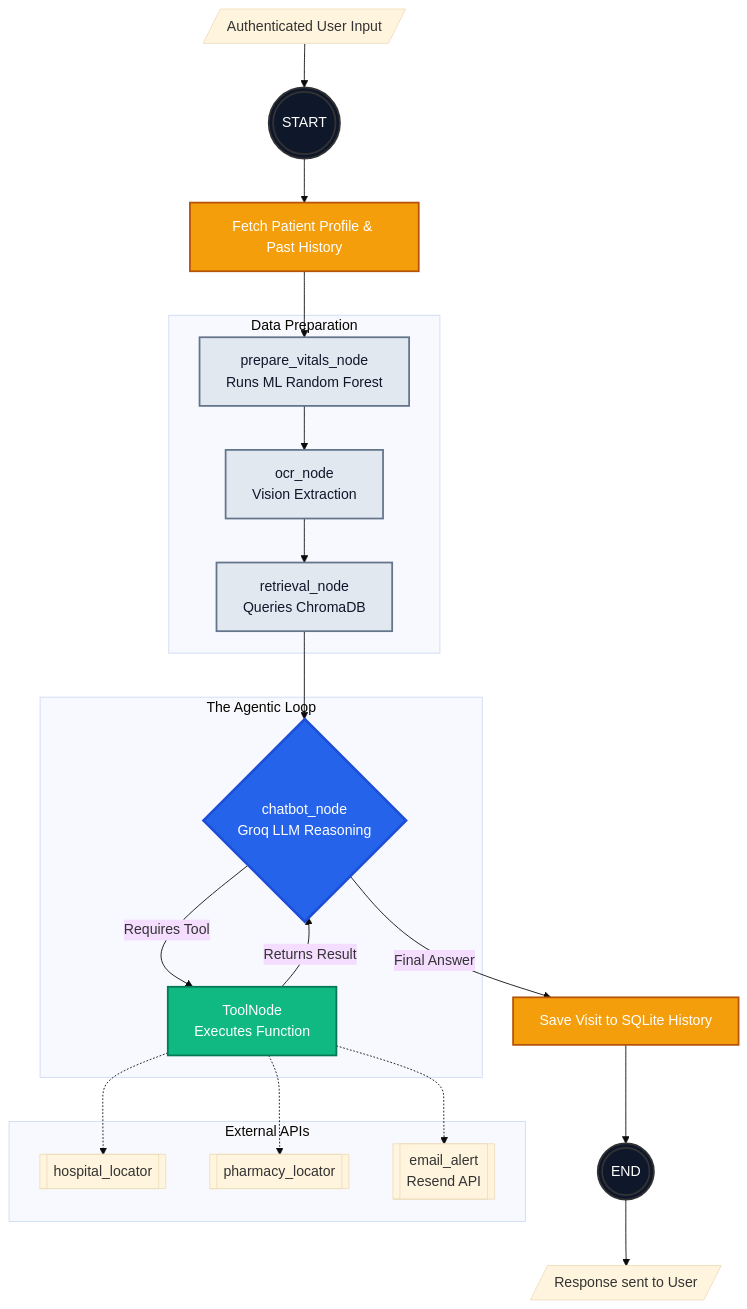
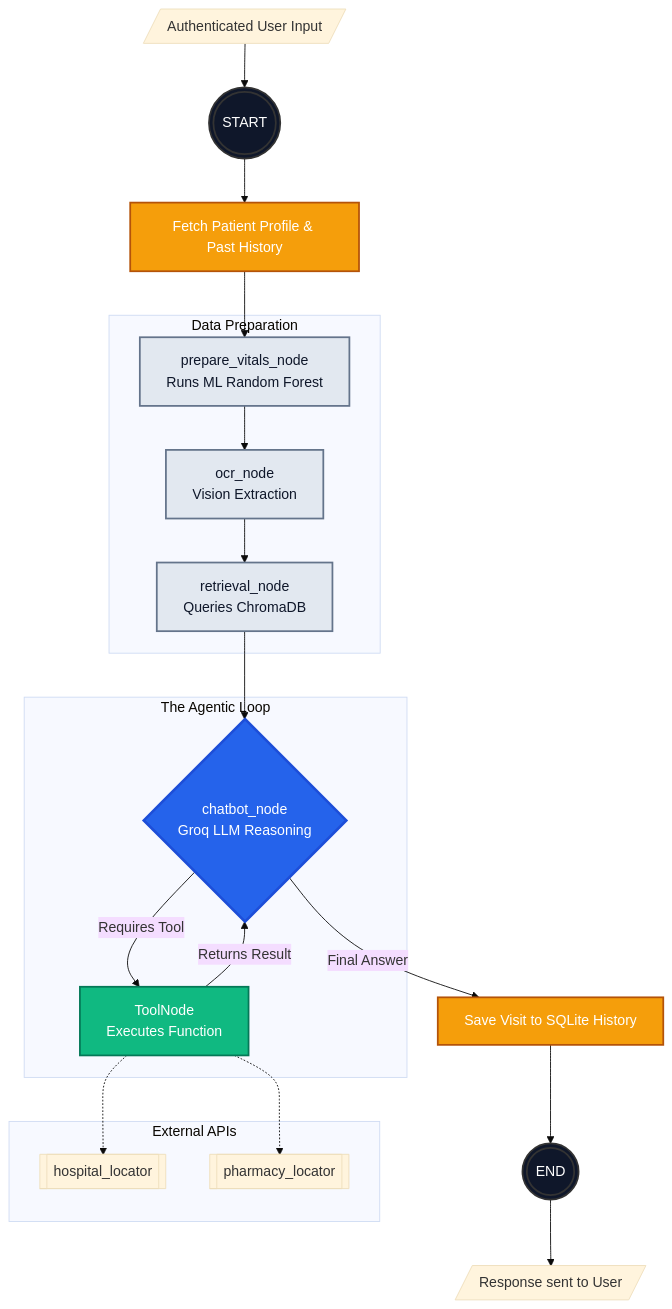
One commit to mahaveer0738/fyp-health-app changed the diagram in README.md. Above: the diagram before and after it, drawn with Mermaid (base theme). The commit also changed other lines of this file and 5 other files, not shown here.

Commit message:
feat: Convert emergency email alert to automatic visit summary email

````diff
--- a/README.md
+++ b/README.md
@@ -45,46 +45,44 @@
 ```mermaid
 graph TD
     classDef startend fill:#0f172a,stroke:#333,stroke-width:2px,color:white;
     classDef datanode fill:#e2e8f0,stroke:#64748b,stroke-width:2px,color:#0f172a;
     classDef agentnode fill:#2563eb,stroke:#1d4ed8,stroke-width:3px,color:white;
     classDef toolnode fill:#10b981,stroke:#047857,stroke-width:2px,color:white;
     classDef db fill:#f59e0b,stroke:#b45309,stroke-width:2px,color:white;
 
     %% Entry
     Input[/Authenticated User Input/] --> START(((START)))
     START:::startend --> AuthCheck
 
     AuthCheck[Fetch Patient Profile & Past History]:::db --> N1
 
     %% Sequential Data Prep Pipeline
     subgraph "Data Preparation"
         N1[prepare_vitals_node<br>Runs ML Random Forest]:::datanode --> N2
         N2[ocr_node<br>Vision Extraction]:::datanode --> N3
         N3[retrieval_node<br>Queries ChromaDB]:::datanode
     end
 
     N3 --> N4
 
     %% The ReAct Agent Loop
     subgraph "The Agentic Loop"
         N4{chatbot_node<br>Groq LLM Reasoning}:::agentnode
         N4 -- "Requires Tool" --> N5[ToolNode<br>Executes Function]:::toolnode
         N5 -- "Returns Result" --> N4
     end
 
     %% Exit
     N4 -- "Final Answer" --> SaveVisit
     SaveVisit[Save Visit to SQLite History]:::db --> END(((END)))
     END:::startend --> Output[/Response sent to User/]
 
     %% Tool Definitions
-    subgraph "External APIs"
+    subgraph External APIs
         T1[[hospital_locator]]
         T2[[pharmacy_locator]]
-        T3[[email_alert<br>Resend API]]
     end
-
+    
     N5 -.-> T1
     N5 -.-> T2
-    N5 -.-> T3
 ```
````
